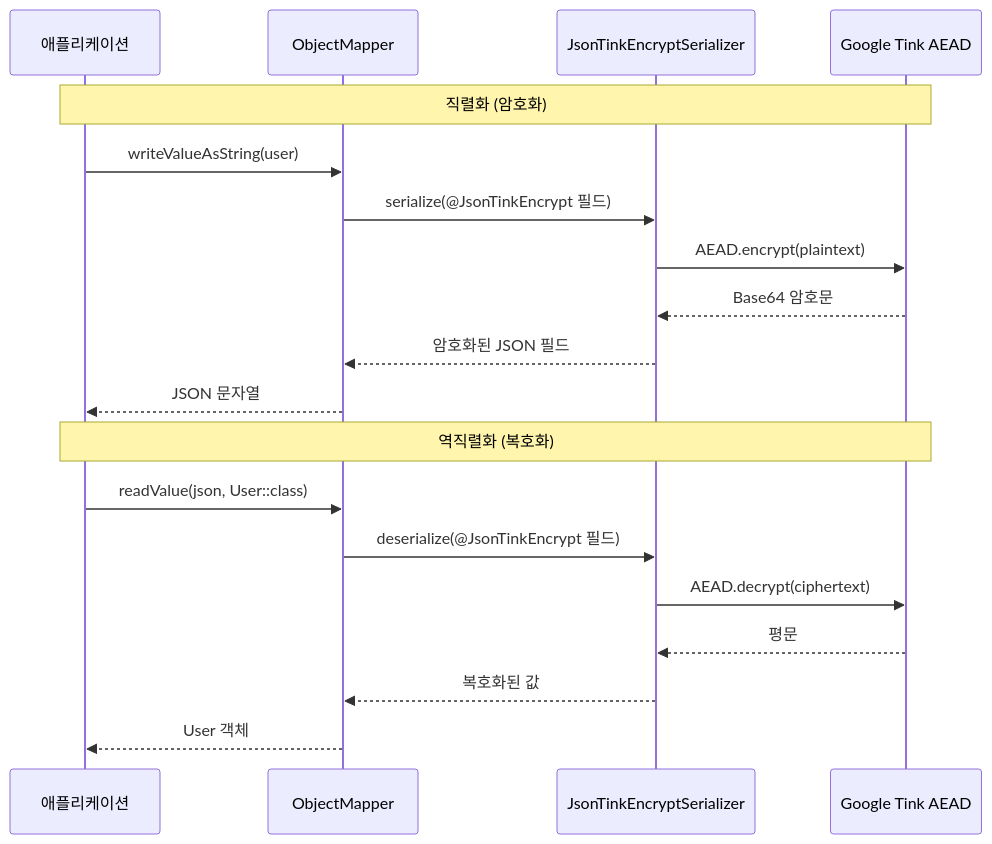
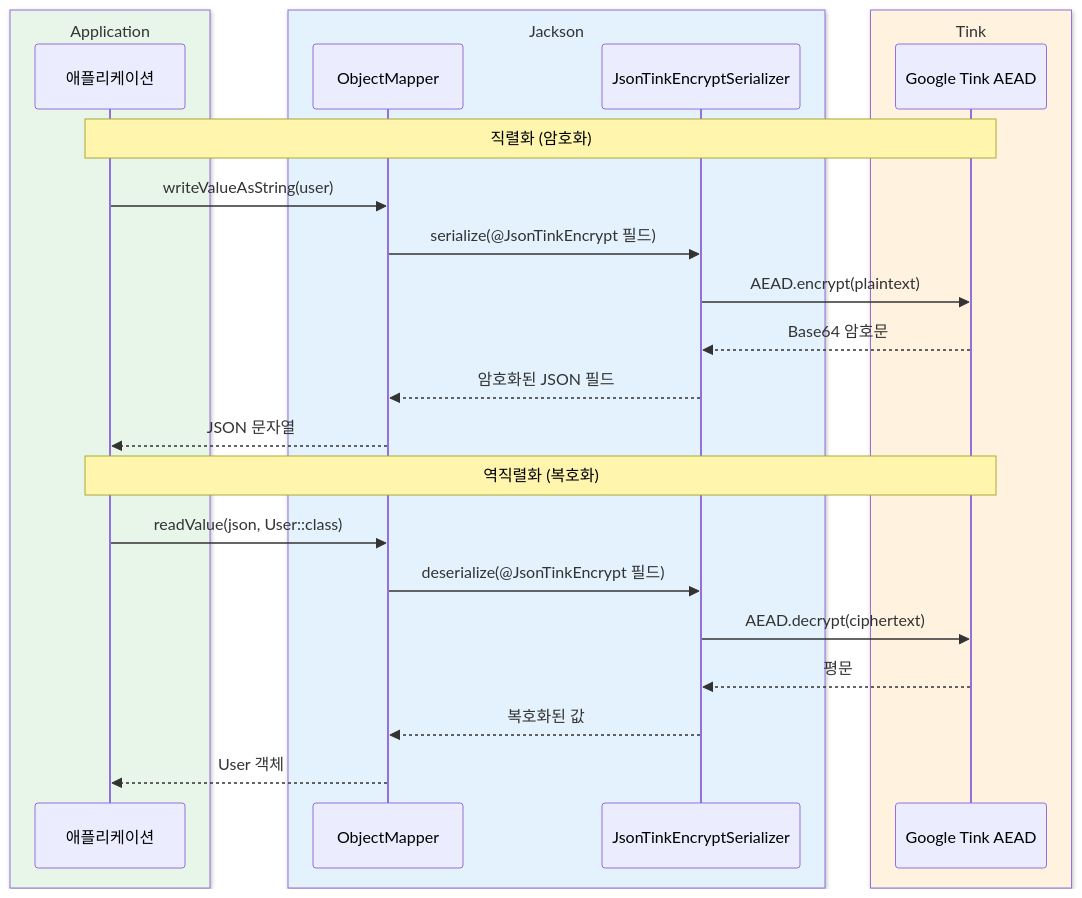
The third of 3 diagrams in io/jackson2/README.ko.md (bluetape4k/bluetape4k-projects), drawn with Mermaid before and after one commit. The commit also changed other lines of this file and 221 other files, not shown here.

First line of the commit message:
docs: 전체 모듈 README UML 다이어그램 보강 및 색상 업그레이드

````diff
--- a/io/jackson2/README.ko.md
+++ b/io/jackson2/README.ko.md
@@ -389,23 +410,29 @@
 ```mermaid
 sequenceDiagram
-    participant 앱 as 애플리케이션
-    participant M as ObjectMapper
-    participant S as JsonTinkEncryptSerializer
-    participant T as Google Tink AEAD
+    box rgb(232, 245, 233) Application
+        participant 앱 as 애플리케이션
+    end
+    box rgb(227, 242, 253) Jackson
+        participant M as ObjectMapper
+        participant S as JsonTinkEncryptSerializer
+    end
+    box rgb(255, 243, 224) Tink
+        participant T as Google Tink AEAD
+    end
 
     Note over 앱,T: 직렬화 (암호화)
     앱->>M: writeValueAsString(user)
     M->>S: serialize(@JsonTinkEncrypt 필드)
     S->>T: AEAD.encrypt(plaintext)
     T-->>S: Base64 암호문
     S-->>M: 암호화된 JSON 필드
     M-->>앱: JSON 문자열
 
     Note over 앱,T: 역직렬화 (복호화)
     앱->>M: readValue(json, User::class)
     M->>S: deserialize(@JsonTinkEncrypt 필드)
     S->>T: AEAD.decrypt(ciphertext)
     T-->>S: 평문
     S-->>M: 복호화된 값
     M-->>앱: User 객체
 ```
````
